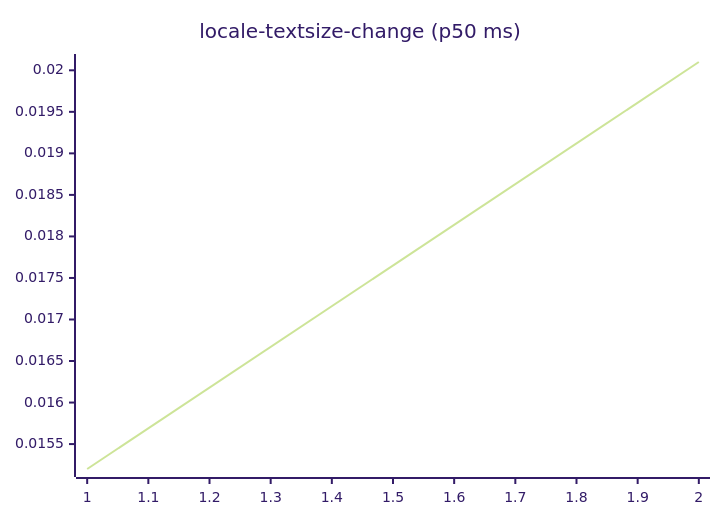
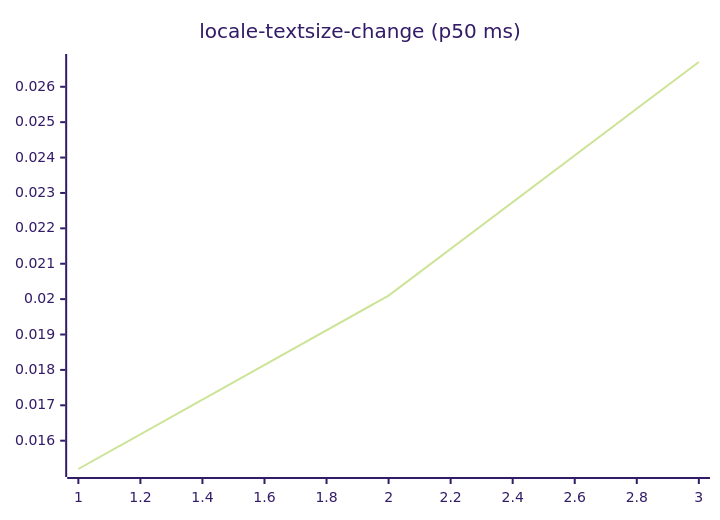
Before and after one commit to josha/Facet: diagram 13 of 27 in README.md, drawn with Mermaid (forest theme). The commit also changed other lines of this file and 2 other files, not shown here.

````diff
--- a/README.md
+++ b/README.md
@@ -147,6 +147,6 @@
 ```mermaid
 xychart-beta
     title "locale-textsize-change (p50 ms)"
-    x-axis 1 --> 2
-    line [0.0152, 0.0201]
+    x-axis 1 --> 3
+    line [0.0152, 0.0201, 0.0267]
 ```
````
